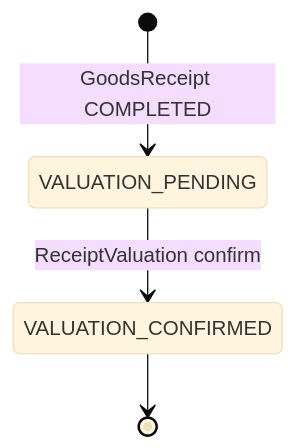
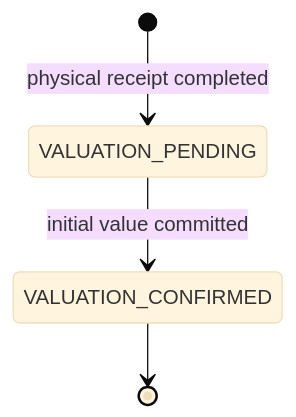
One commit to DsChien102/erp-sales-inventory changed the third of 5 diagrams in specs/themes/theme-07/02.specification/domain/domain-foundation/DOM-IV.md. Above: the diagram before and after it, drawn with Mermaid (base theme). The commit also changed other lines of this file and 4136 other files, not shown here.

````diff
--- a/specs/themes/theme-07/02.specification/domain/domain-foundation/DOM-IV.md
+++ b/specs/themes/theme-07/02.specification/domain/domain-foundation/DOM-IV.md
@@ -133,6 +114,6 @@
 ```mermaid
 stateDiagram-v2
-    [*] --> VALUATION_PENDING: GoodsReceipt COMPLETED
-    VALUATION_PENDING --> VALUATION_CONFIRMED: ReceiptValuation confirm
+    [*] --> VALUATION_PENDING: physical receipt completed
+    VALUATION_PENDING --> VALUATION_CONFIRMED: initial value committed
     VALUATION_CONFIRMED --> [*]
 ```
````
